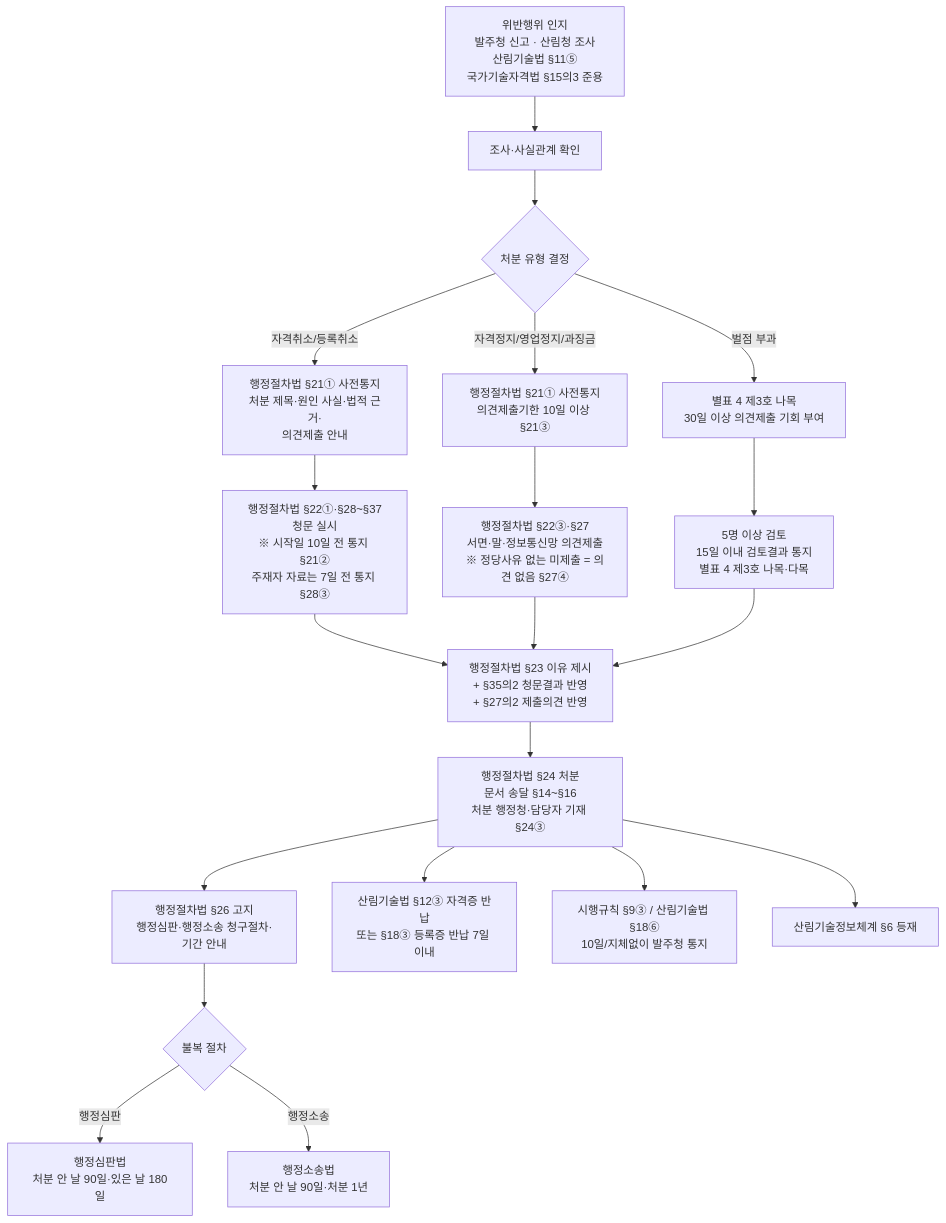
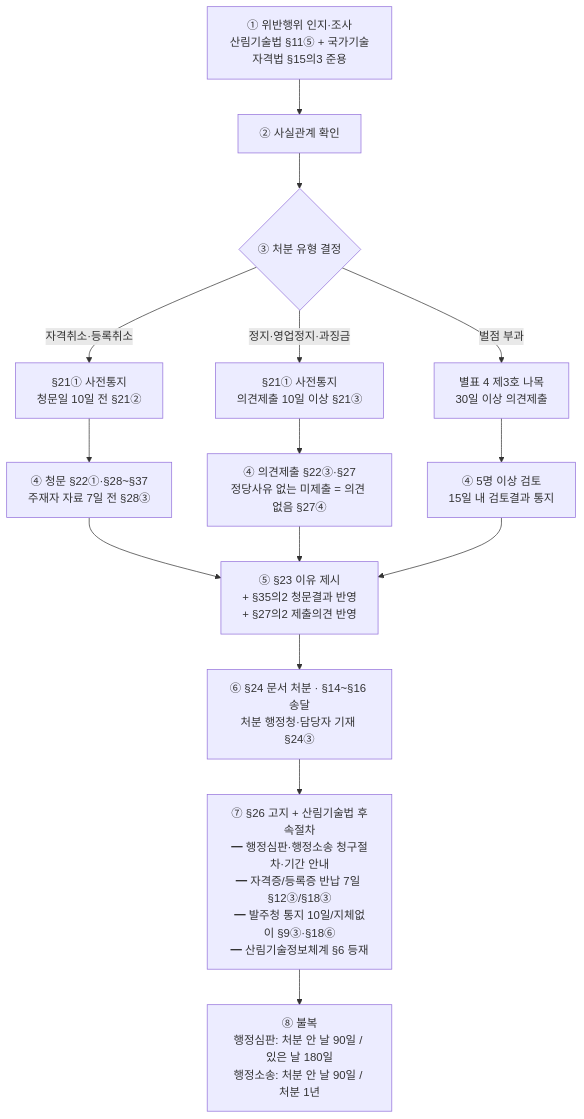
The second of 2 diagrams in wiki/산림작업/자원조성/산림기술자_자격관리_체계.md (chinguli4/FM-WIKI), drawn with Mermaid before and after one commit. The commit also changed other lines of this file, not shown here.

Commit message:
fix(자격관리 체계): mermaid 개념도 A4 세로 폭에 맞게 재구성
기존 다이어그램이 4~5개 가로 분기로 A4 세로(210mm)에서 우측 잘림 발생.
두 다이어그램 모두 한 행당 최대 2~3노드로 축소하고 후속 결격 단계를
하나의 노드로 통합:

- 섹션 2 위반→처분·벌칙 체계도: T1/T2 + R = 2~3 wide, 사후 결격 3개 노드
  (G1·G2·G3) → 단일 노드 S로 통합
- 섹션 4 처분 단계별 흐름: G 이후 H·I1·I2·I3 4개 분기 → §26 고지 + 후속절차
  4행 묶음 H 단일 노드로 통합, 불복 K1·K2 → J 단일 노드로 통합

내용 손실 없이 조문번호·기한·근거 모두 유지.

````diff
--- a/wiki/산림작업/자원조성/산림기술자_자격관리_체계.md
+++ b/wiki/산림작업/자원조성/산림기술자_자격관리_체계.md
@@ -201,28 +200,24 @@
 ```mermaid
 flowchart TD
-    A[위반행위 인지<br/>발주청 신고 · 산림청 조사<br/>산림기술법 §11⑤<br/>국가기술자격법 §15의3 준용] --> B[조사·사실관계 확인]
-    B --> C{처분 유형 결정}
+    A[① 위반행위 인지·조사<br/>산림기술법 §11⑤ + 국가기술자격법 §15의3 준용]
+    A --> B[② 사실관계 확인]
+    B --> C{③ 처분 유형 결정}
 
-    C -->|자격취소/등록취소| D1[행정절차법 §21① 사전통지<br/>처분 제목·원인 사실·법적 근거·<br/>의견제출 안내]
-    C -->|자격정지/영업정지/과징금| D2[행정절차법 §21① 사전통지<br/>의견제출기한 10일 이상 §21③]
-    C -->|벌점 부과| D3[별표 4 제3호 나목<br/>30일 이상 의견제출 기회 부여]
+    C -->|자격취소·등록취소| D1[§21① 사전통지<br/>청문일 10일 전 §21②]
+    C -->|정지·영업정지·과징금| D2[§21① 사전통지<br/>의견제출 10일 이상 §21③]
+    C -->|벌점 부과| D3[별표 4 제3호 나목<br/>30일 이상 의견제출]
 
-    D1 --> E1[행정절차법 §22①·§28~§37<br/>청문 실시<br/>※ 시작일 10일 전 통지 §21②<br/>주재자 자료는 7일 전 통지 §28③]
-    D2 --> E2[행정절차법 §22③·§27<br/>서면·말·정보통신망 의견제출<br/>※ 정당사유 없는 미제출 = 의견 없음 §27④]
-    D3 --> E3[5명 이상 검토<br/>15일 이내 검토결과 통지<br/>별표 4 제3호 나목·다목]
+    D1 --> E1[④ 청문 §22①·§28~§37<br/>주재자 자료 7일 전 §28③]
+    D2 --> E2[④ 의견제출 §22③·§27<br/>정당사유 없는 미제출 = 의견 없음 §27④]
+    D3 --> E3[④ 5명 이상 검토<br/>15일 내 검토결과 통지]
 
-    E1 --> F[행정절차법 §23 이유 제시<br/>+ §35의2 청문결과 반영<br/>+ §27의2 제출의견 반영]
-    E2 --> F
+    E1 --> F
+    E2 --> F[⑤ §23 이유 제시<br/>+ §35의2 청문결과 반영<br/>+ §27의2 제출의견 반영]
     E3 --> F
 
-    F --> G[행정절차법 §24 처분<br/>문서 송달 §14~§16<br/>처분 행정청·담당자 기재 §24③]
-    G --> H[행정절차법 §26 고지<br/>행정심판·행정소송 청구절차·기간 안내]
+    F --> G[⑥ §24 문서 처분 · §14~§16 송달<br/>처분 행정청·담당자 기재 §24③]
 
-    G --> I1[산림기술법 §12③ 자격증 반납<br/>또는 §18③ 등록증 반납 7일 이내]
-    G --> I2[시행규칙 §9③ / 산림기술법 §18⑥<br/>10일/지체없이 발주청 통지]
-    G --> I3[산림기술정보체계 §6 등재]
+    G --> H[⑦ §26 고지 + 산림기술법 후속절차<br/>━ 행정심판·행정소송 청구절차·기간 안내<br/>━ 자격증/등록증 반납 7일 §12③/§18③<br/>━ 발주청 통지 10일/지체없이 §9③·§18⑥<br/>━ 산림기술정보체계 §6 등재]
 
-    H --> J{불복 절차}
-    J -->|행정심판| K1[행정심판법<br/>처분 안 날 90일·있은 날 180일]
-    J -->|행정소송| K2[행정소송법<br/>처분 안 날 90일·처분 1년]
+    H --> J[⑧ 불복<br/>행정심판: 처분 안 날 90일 / 있은 날 180일<br/>행정소송: 처분 안 날 90일 / 처분 1년]
 ```
````
